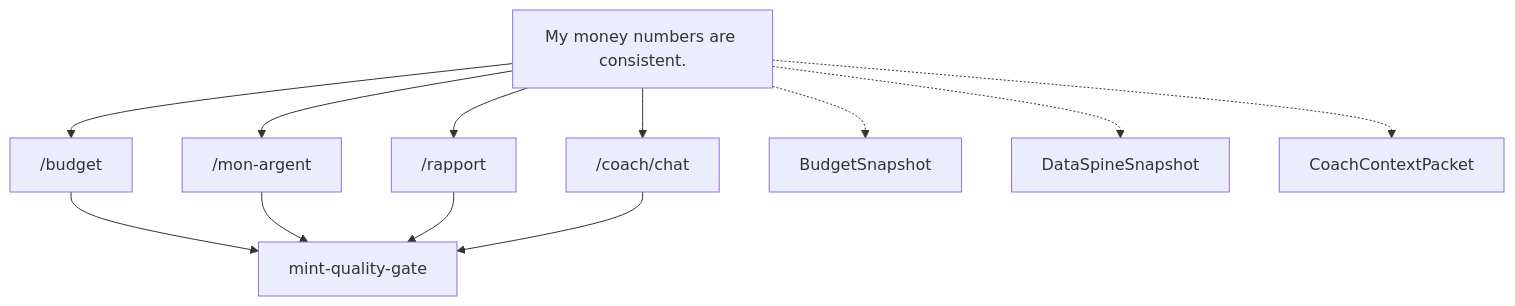
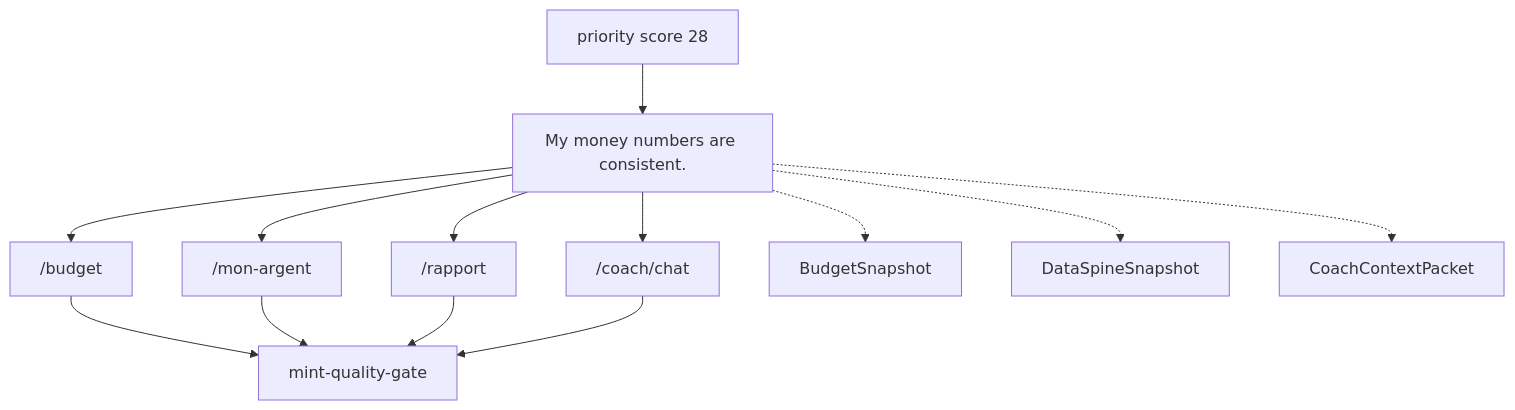
Before and after one commit to MINT-IA/MINT: the diagram in .planning/journeys/diagrams/money_truth_spine.mmd, drawn with Mermaid. The commit also changed 15 other files, not shown here.

```diff
--- a/.planning/journeys/diagrams/money_truth_spine.mmd
+++ b/.planning/journeys/diagrams/money_truth_spine.mmd
@@ -1,22 +1,24 @@
 %% Generated from .planning/journeys/records/money_truth_spine.json
 flowchart TD
   promise["My money numbers are consistent."]
   team["mint-quality-gate"]
+  priority["priority score 28"]
+  priority --> promise
   route_budget["/budget"]
   promise --> route_budget
   route_budget --> team
   route_mon_argent["/mon-argent"]
   promise --> route_mon_argent
   route_mon_argent --> team
   route_rapport["/rapport"]
   promise --> route_rapport
   route_rapport --> team
   route_coach_chat["/coach/chat"]
   promise --> route_coach_chat
   route_coach_chat --> team
   surface_BudgetSnapshot["BudgetSnapshot"]
   promise -.-> surface_BudgetSnapshot
   surface_DataSpineSnapshot["DataSpineSnapshot"]
   promise -.-> surface_DataSpineSnapshot
   surface_CoachContextPacket["CoachContextPacket"]
   promise -.-> surface_CoachContextPacket
```
